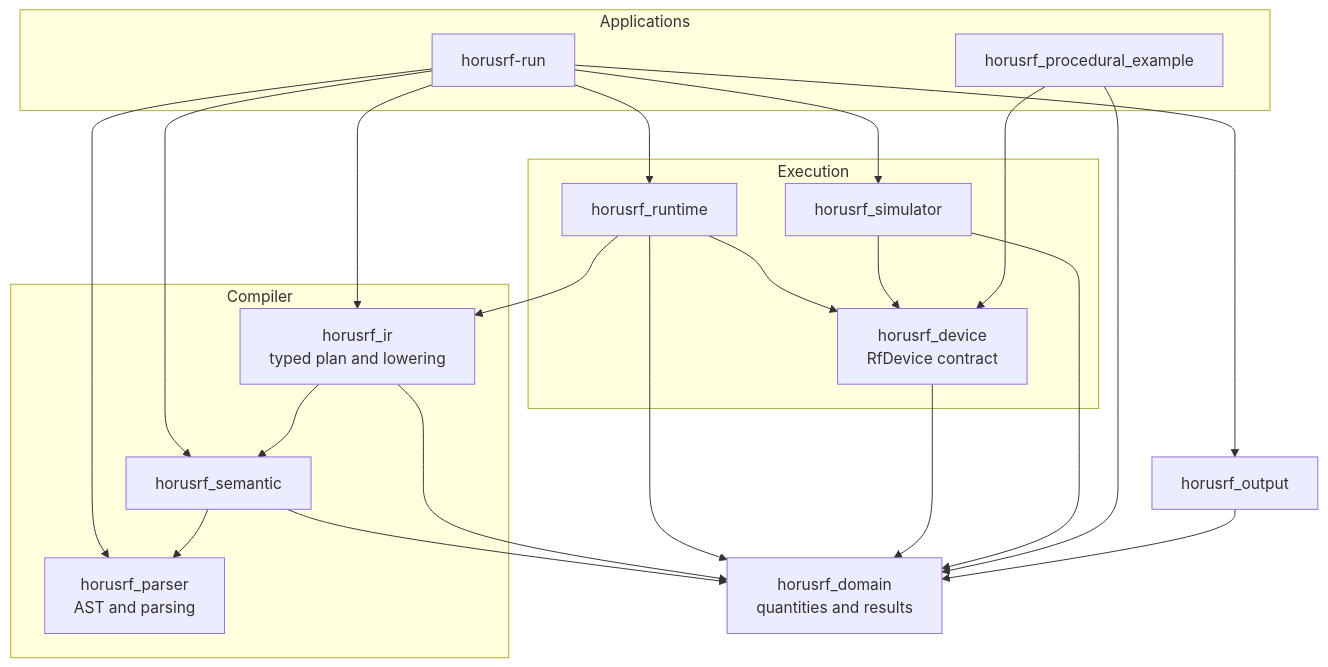
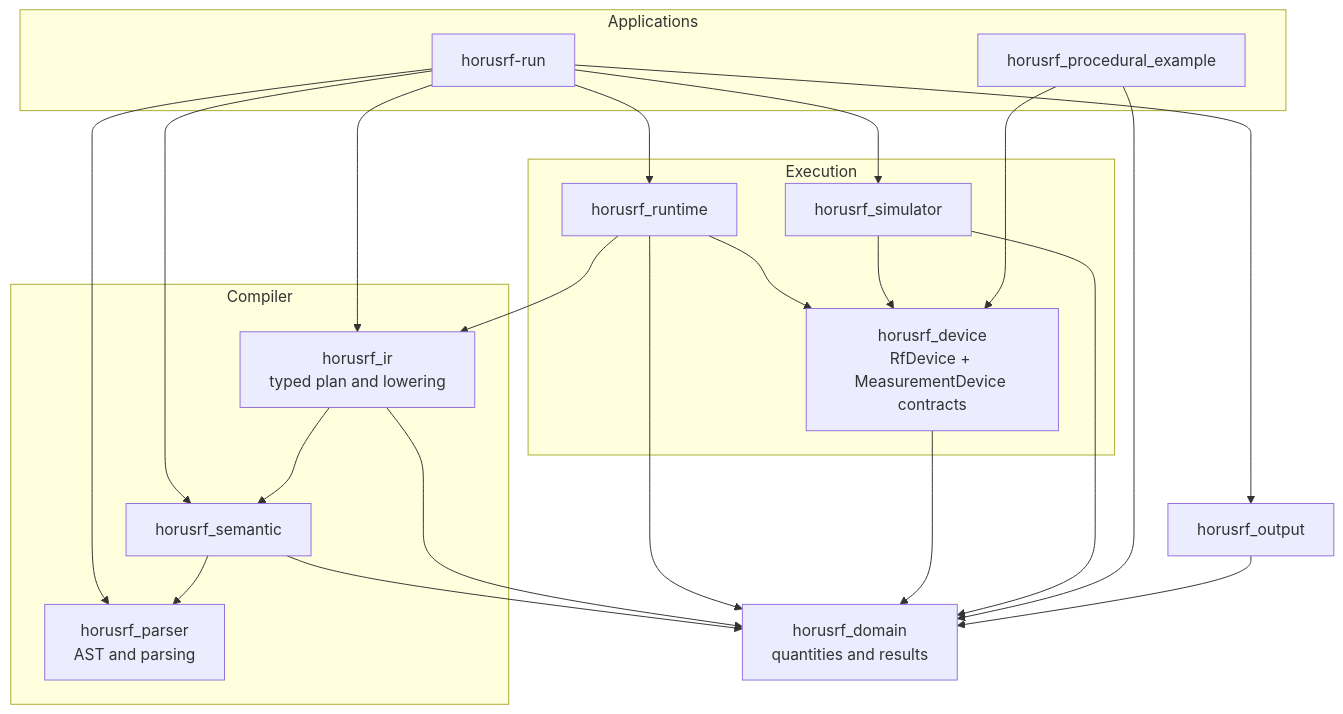
The second of 4 diagrams in docs/architecture.md (sergiorf/HorusRF), drawn with Mermaid before and after one commit. The commit also changed other lines of this file and 20 other files, not shown here.

````diff
--- a/docs/architecture.md
+++ b/docs/architecture.md
@@ -50,43 +56,43 @@
 ```mermaid
 flowchart TB
     subgraph Applications
         CLI[horusrf-run]
         Procedural[horusrf_procedural_example]
     end
 
     subgraph Compiler
         Parser[horusrf_parser<br/>AST and parsing]
         Semantic[horusrf_semantic]
         IR[horusrf_ir<br/>typed plan and lowering]
     end
 
     subgraph Execution
         Runtime[horusrf_runtime]
-        Device[horusrf_device<br/>RfDevice contract]
+        Device[horusrf_device<br/>RfDevice + MeasurementDevice contracts]
         Simulator[horusrf_simulator]
     end
 
     Output[horusrf_output]
     Domain[horusrf_domain<br/>quantities and results]
 
     CLI --> Parser
     CLI --> Semantic
     CLI --> IR
     CLI --> Runtime
     CLI --> Simulator
     CLI --> Output
 
     Semantic --> Parser
     Semantic --> Domain
     IR --> Semantic
     IR --> Domain
     Runtime --> IR
     Runtime --> Device
     Runtime --> Domain
     Device --> Domain
     Simulator --> Device
     Simulator --> Domain
     Procedural --> Device
     Procedural --> Domain
     Output --> Domain
 ```
````
